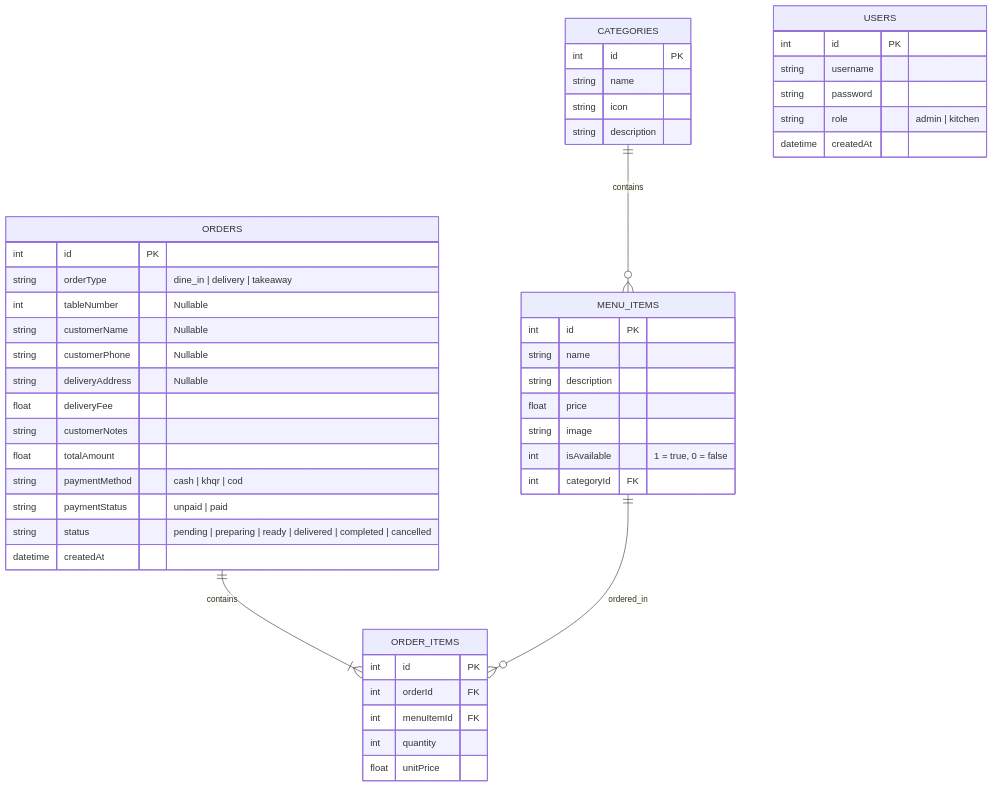
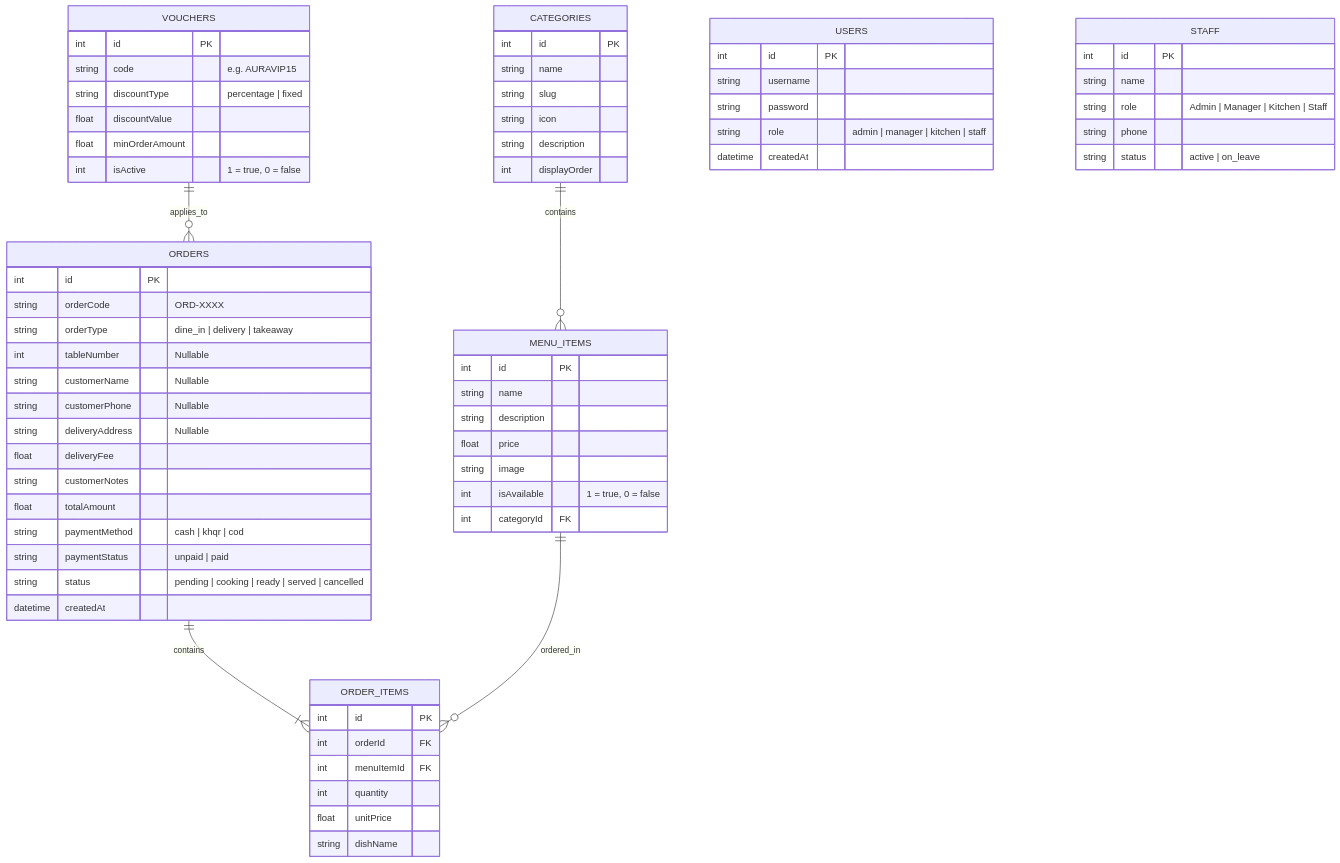
Before and after one commit to DUC-PG-A-SDP-PROJECT-II-PROJECT-SPD-108/Restaurant-Ordering-System: the diagram in README.md, drawn with Mermaid. The commit also changed other lines of this file and 44 other files, not shown here.

````diff
--- a/README.md
+++ b/README.md
@@ -151,55 +176,77 @@
 ```mermaid
 erDiagram
     CATEGORIES ||--o{ MENU_ITEMS : contains
     ORDERS ||--|{ ORDER_ITEMS : contains
     MENU_ITEMS ||--o{ ORDER_ITEMS : ordered_in
+    VOUCHERS ||--o{ ORDERS : applies_to
 
     USERS {
         int id PK
         string username
         string password
-        string role "admin | kitchen"
+        string role "admin | manager | kitchen | staff"
         datetime createdAt
     }
 
     CATEGORIES {
         int id PK
         string name
+        string slug
         string icon
         string description
+        int displayOrder
     }
 
     MENU_ITEMS {
         int id PK
         string name
         string description
         float price
         string image
         int isAvailable "1 = true, 0 = false"
         int categoryId FK
     }
 
     ORDERS {
         int id PK
+        string orderCode "ORD-XXXX"
         string orderType "dine_in | delivery | takeaway"
         int tableNumber "Nullable"
         string customerName "Nullable"
         string customerPhone "Nullable"
         string deliveryAddress "Nullable"
         float deliveryFee
         string customerNotes
         float totalAmount
         string paymentMethod "cash | khqr | cod"
         string paymentStatus "unpaid | paid"
-        string status "pending | preparing | ready | delivered | completed | cancelled"
+        string status "pending | cooking | ready | served | cancelled"
         datetime createdAt
     }
 
     ORDER_ITEMS {
         int id PK
         int orderId FK
         int menuItemId FK
         int quantity
         float unitPrice
+        string dishName
+    }
+
+    VOUCHERS {
+        int id PK
+        string code "e.g. AURAVIP15"
+        string discountType "percentage | fixed"
+        float discountValue
+        float minOrderAmount
+        int isActive "1 = true, 0 = false"
+    }
+
+    STAFF {
+        int id PK
+        string name
+        string role "Admin | Manager | Kitchen | Staff"
+        string phone
+        string status "active | on_leave"
     }
 ```
````
